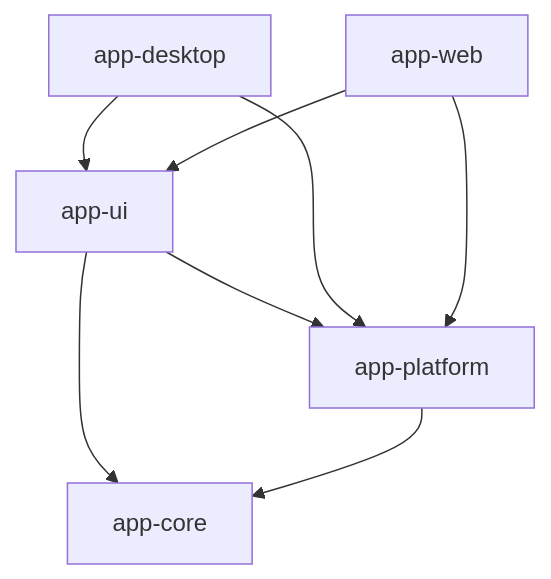
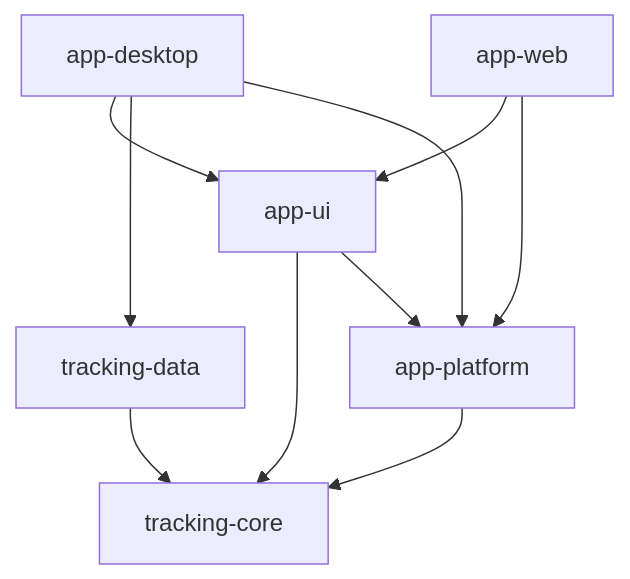
Before and after one commit to punkhomov/tracking: the diagram in docs/architecture.md, drawn with Mermaid. The commit also changed other lines of this file and 11 other files, not shown here.

````diff
--- a/docs/architecture.md
+++ b/docs/architecture.md
@@ -15,10 +16,12 @@
 ```mermaid
 flowchart TD
   Desktop[app-desktop] --> UI[app-ui]
   Web[app-web] --> UI
-  UI --> Core[app-core]
+  UI --> Core[tracking-core]
   UI --> Platform[app-platform]
+  Desktop --> Data[tracking-data]
+  Data --> Core
   Desktop --> Platform
   Web --> Platform
   Platform --> Core
 ```
````
